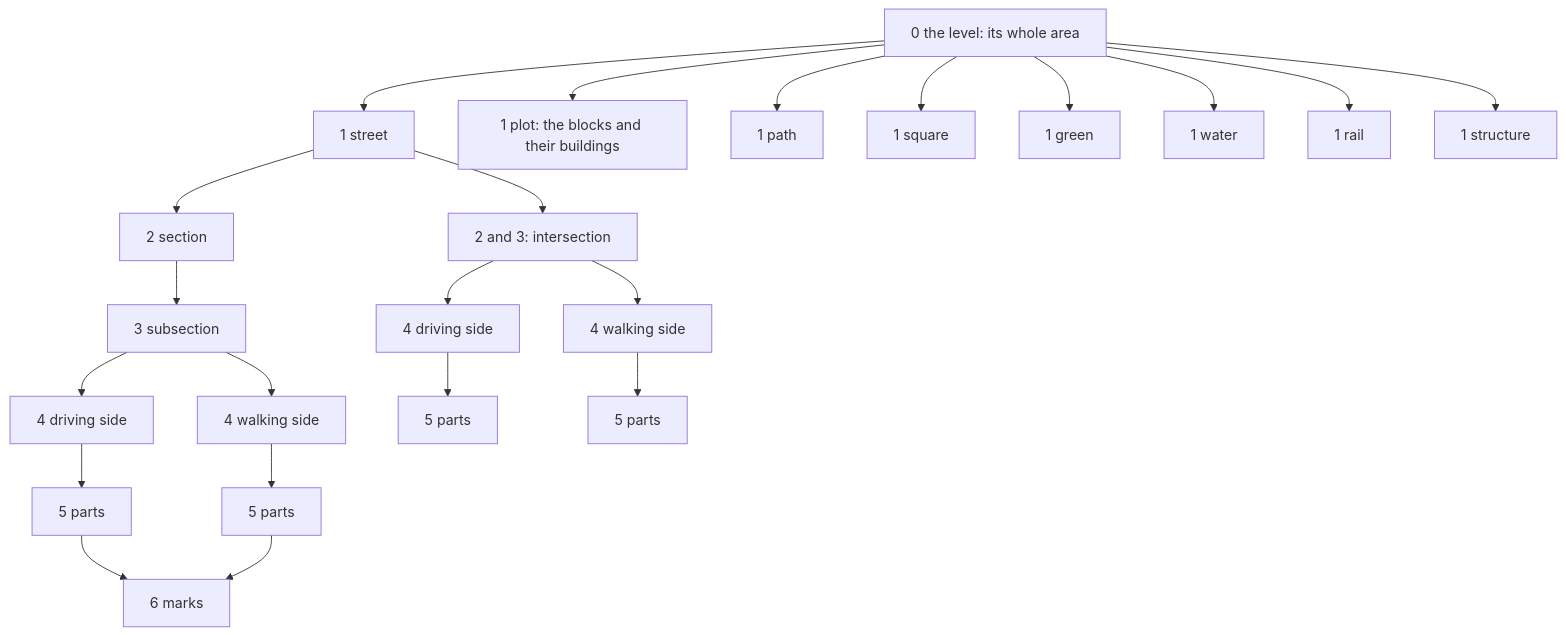
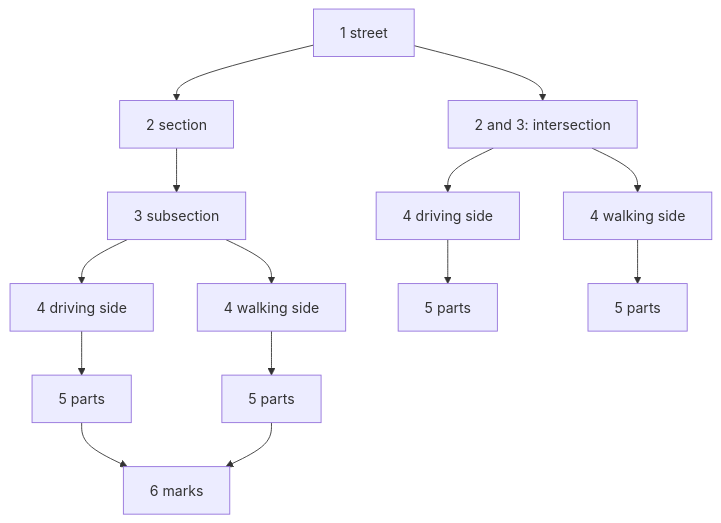
Before and after one commit to Khoshkhah/urbanstyle: the second of 4 diagrams in docs/design/steps.md, drawn with Mermaid.

Commit message:
docs/design/steps.md: two diagrams: the ground (rank 0 to 1) and the street (rank 1 to 6)

````diff
--- a/docs/design/steps.md
+++ b/docs/design/steps.md
@@ -25,24 +41,16 @@
 ```mermaid
 flowchart TD
-    L0[0 the level: its whole area] --> K1[1 street]
-    L0 --> K2[1 plot: the blocks and their buildings]
-    L0 --> K3[1 path]
-    L0 --> K4[1 square]
-    L0 --> K5[1 green]
-    L0 --> K6[1 water]
-    L0 --> K7[1 rail]
-    L0 --> K8[1 structure]
-    K1 --> SE[2 section]
+    K1[1 street] --> SE[2 section]
     SE --> SU[3 subsection]
     K1 --> IN[2 and 3: intersection]
     SU --> D1[4 driving side]
     SU --> W1[4 walking side]
     IN --> D2[4 driving side]
     IN --> W2[4 walking side]
     D1 --> P1[5 parts]
     W1 --> P2[5 parts]
     D2 --> P3[5 parts]
     W2 --> P4[5 parts]
     P1 --> M[6 marks]
     P2 --> M
 ```
````
